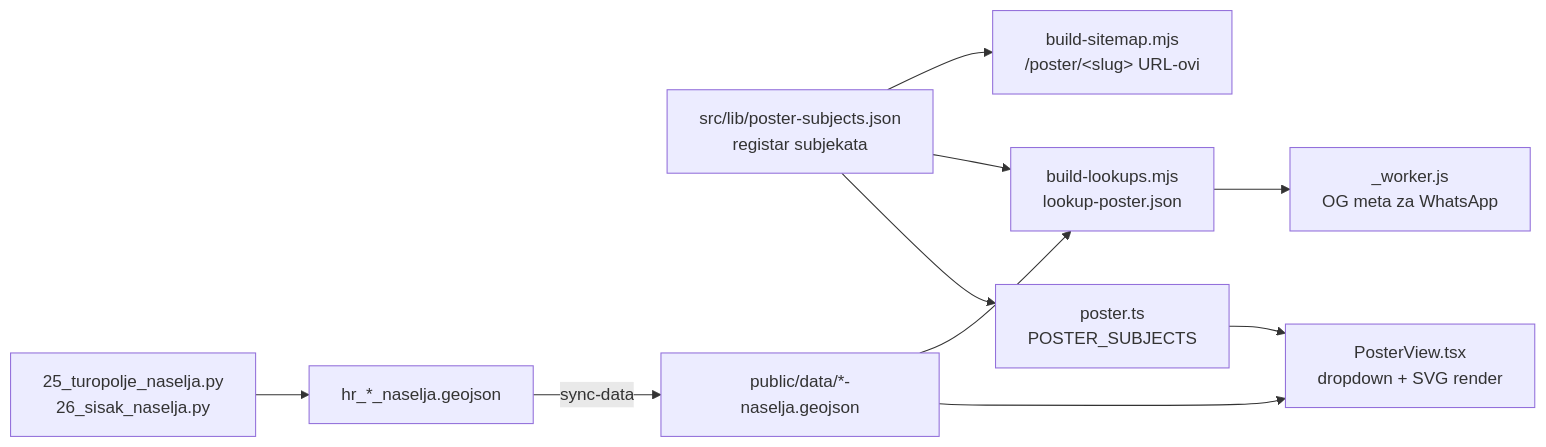
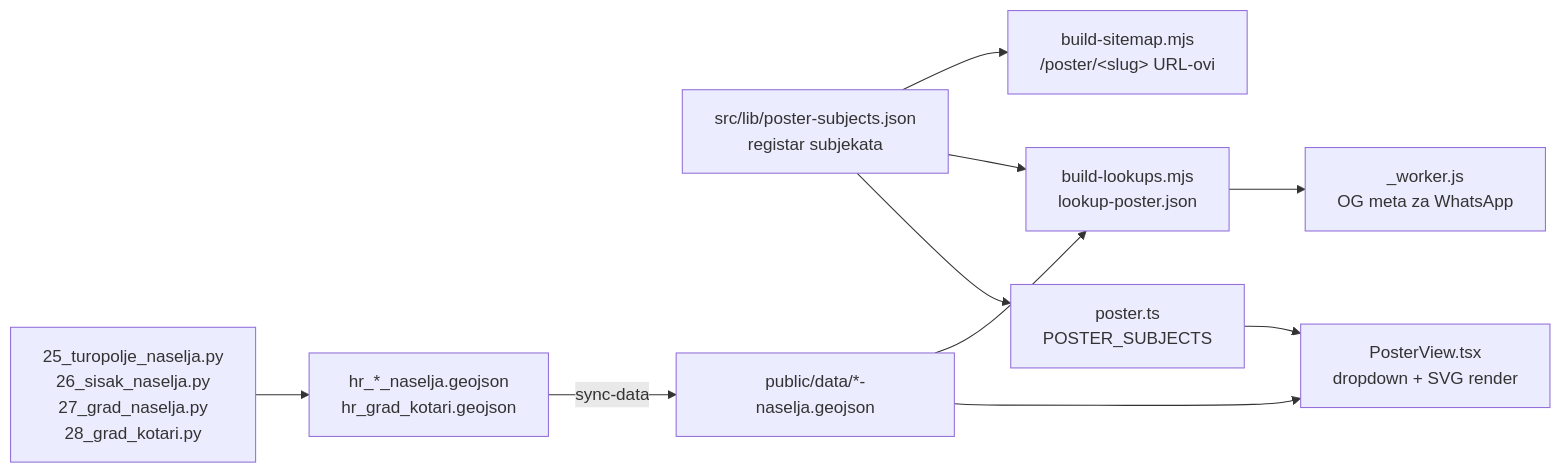
One commit to domovinatv/karta-hrvatske changed the diagram in apps/karta-web/docs/2026-08-28-poster-generator.md. Above: the diagram before and after it, drawn with Mermaid. The commit also changed other lines of this file and 11 other files, not shown here.

````diff
--- a/apps/karta-web/docs/2026-08-28-poster-generator.md
+++ b/apps/karta-web/docs/2026-08-28-poster-generator.md
@@ -34,12 +44,12 @@
 ```mermaid
 flowchart LR
     R["src/lib/poster-subjects.json<br/>registar subjekata"] --> A["poster.ts<br/>POSTER_SUBJECTS"]
     R --> B["build-lookups.mjs<br/>lookup-poster.json"]
     R --> C["build-sitemap.mjs<br/>/poster/&lt;slug&gt; URL-ovi"]
     A --> D["PosterView.tsx<br/>dropdown + SVG render"]
     B --> E["_worker.js<br/>OG meta za WhatsApp"]
-    P["25_turopolje_naselja.py<br/>26_sisak_naselja.py"] --> F["hr_*_naselja.geojson"]
+    P["25_turopolje_naselja.py<br/>26_sisak_naselja.py<br/>27_grad_naselja.py<br/>28_grad_kotari.py"] --> F["hr_*_naselja.geojson<br/>hr_grad_kotari.geojson"]
     F -- "sync-data" --> G["public/data/*-naselja.geojson"]
     G --> D
     G --> B
 ```
````
